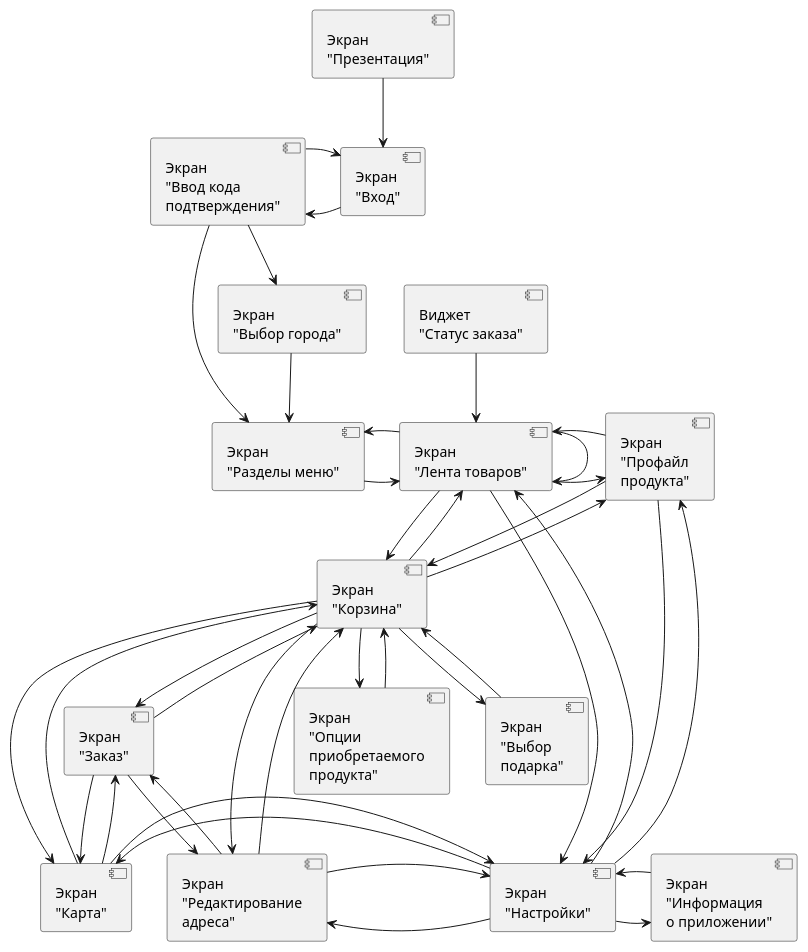
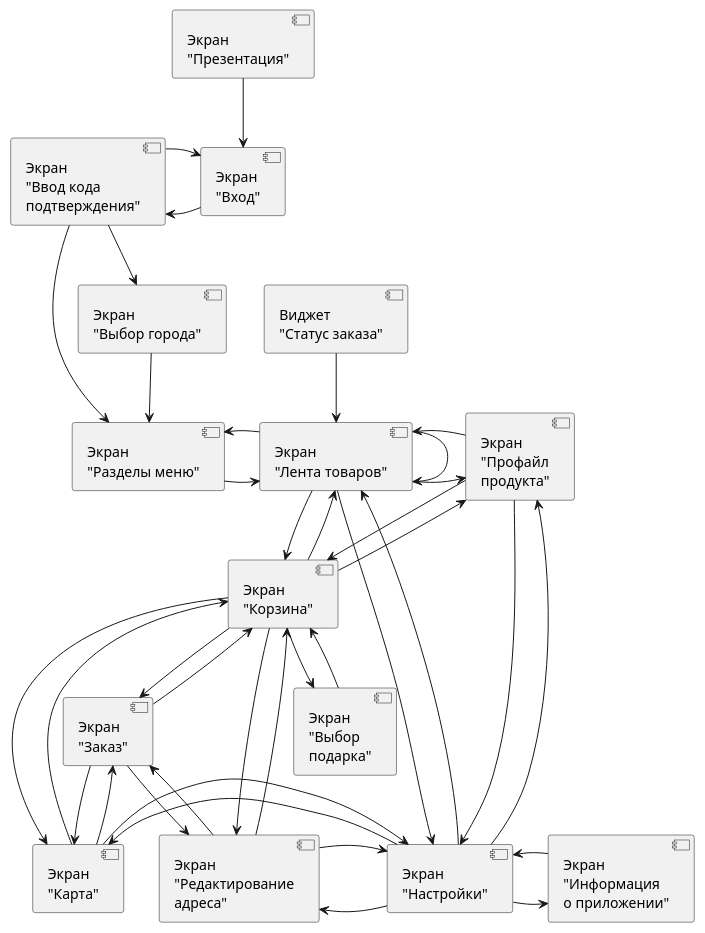
One commit to sushnaya-franchising/sushnaya-web-service changed the diagram in uml/mobile-app.puml. Above: the diagram before and after it, drawn with PlantUML.

Commit message:
Remove 'Product options' screen from ulm

```diff
--- a/uml/mobile-app.puml
+++ b/uml/mobile-app.puml
@@ -1,55 +1,53 @@
 @startuml
 skinparam componentStyle uml2
 
 [Экран\n"Карта"]
 [Экран\n"Редактирование\nадреса"]
 
 [Экран\n"Презентация"] -down-> [Экран\n"Вход"]
 [Экран\n"Вход"] -> [Экран\n"Ввод кода\nподтверждения"]
 [Экран\n"Ввод кода\nподтверждения"] -> [Экран\n"Вход"]
 [Экран\n"Ввод кода\nподтверждения"] -down-> [Экран\n"Разделы меню"]
 [Экран\n"Ввод кода\nподтверждения"] -down-> [Экран\n"Выбор города"]
 [Экран\n"Выбор города"] -down-> [Экран\n"Разделы меню"]
 
 [Экран\n"Разделы меню"] -right-> [Экран\n"Лента товаров"]
 [Экран\n"Лента товаров"] -left-> [Экран\n"Разделы меню"]
 [Экран\n"Лента товаров"] -down-> [Экран\n"Настройки"]
 [Экран\n"Настройки"] -up-> [Экран\n"Лента товаров"]
 [Экран\n"Лента товаров"] -down-> [Экран\n"Корзина"]
 [Экран\n"Корзина"] -up-> [Экран\n"Лента товаров"]
 [Экран\n"Лента товаров"] -right-> [Экран\n"Профайл\nпродукта"]
 [Экран\n"Профайл\nпродукта"] -left-> [Экран\n"Лента товаров"]
 [Виджет\n"Статус заказа"] -down-> [Экран\n"Лента товаров"]
 [Экран\n"Лента товаров"] -> [Экран\n"Лента товаров"]
 
 [Экран\n"Профайл\nпродукта"] -down-> [Экран\n"Настройки"]
 [Экран\n"Настройки"] -up-> [Экран\n"Профайл\nпродукта"]
 [Экран\n"Профайл\nпродукта"] -down-> [Экран\n"Корзина"]
 [Экран\n"Корзина"] -up-> [Экран\n"Профайл\nпродукта"]
 
 [Экран\n"Настройки"] -right-> [Экран\n"Информация\nо приложении"]
 [Экран\n"Информация\nо приложении"] -left-> [Экран\n"Настройки"]
 
 [Экран\n"Корзина"] -down-> [Экран\n"Заказ"]
 [Экран\n"Заказ"] -up-> [Экран\n"Корзина"]
-[Экран\n"Корзина"] -down-> [Экран\n"Опции\nприобретаемого\nпродукта"]
-[Экран\n"Опции\nприобретаемого\nпродукта"] -up-> [Экран\n"Корзина"]
 [Экран\n"Корзина"] -down-> [Экран\n"Выбор\nподарка"]
 [Экран\n"Выбор\nподарка"] -up-> [Экран\n"Корзина"]
 
 [Экран\n"Корзина"] -down-> [Экран\n"Карта"]
 [Экран\n"Карта"] -up-> [Экран\n"Корзина"]
 [Экран\n"Корзина"] -down-> [Экран\n"Редактирование\nадреса"]
 [Экран\n"Редактирование\nадреса"] -up-> [Экран\n"Корзина"]
 
 [Экран\n"Заказ"] -down-> [Экран\n"Карта"]
 [Экран\n"Карта"] -up-> [Экран\n"Заказ"]
 [Экран\n"Заказ"] -down-> [Экран\n"Редактирование\nадреса"]
 [Экран\n"Редактирование\nадреса"] -up-> [Экран\n"Заказ"]
 
 [Экран\n"Настройки"] -left-> [Экран\n"Карта"]
 [Экран\n"Карта"] -right-> [Экран\n"Настройки"]
 [Экран\n"Настройки"] -left-> [Экран\n"Редактирование\nадреса"]
 [Экран\n"Редактирование\nадреса"] -right-> [Экран\n"Настройки"]
 
 @enduml
```
